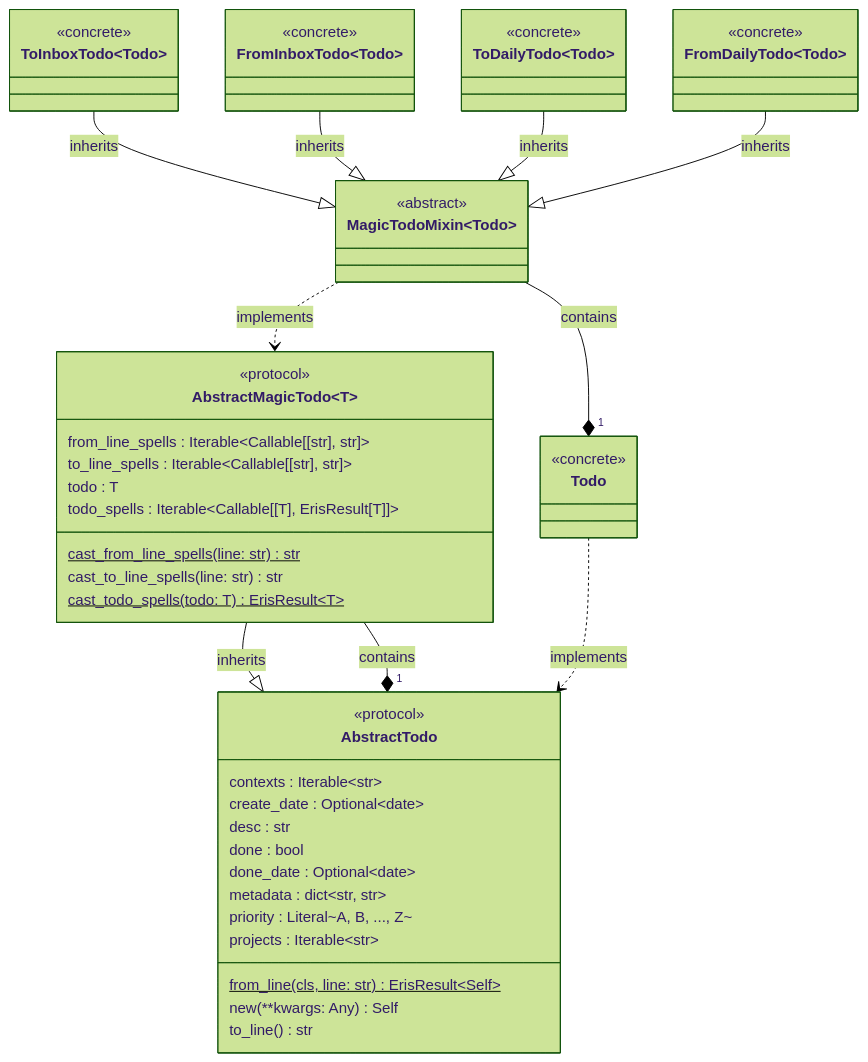
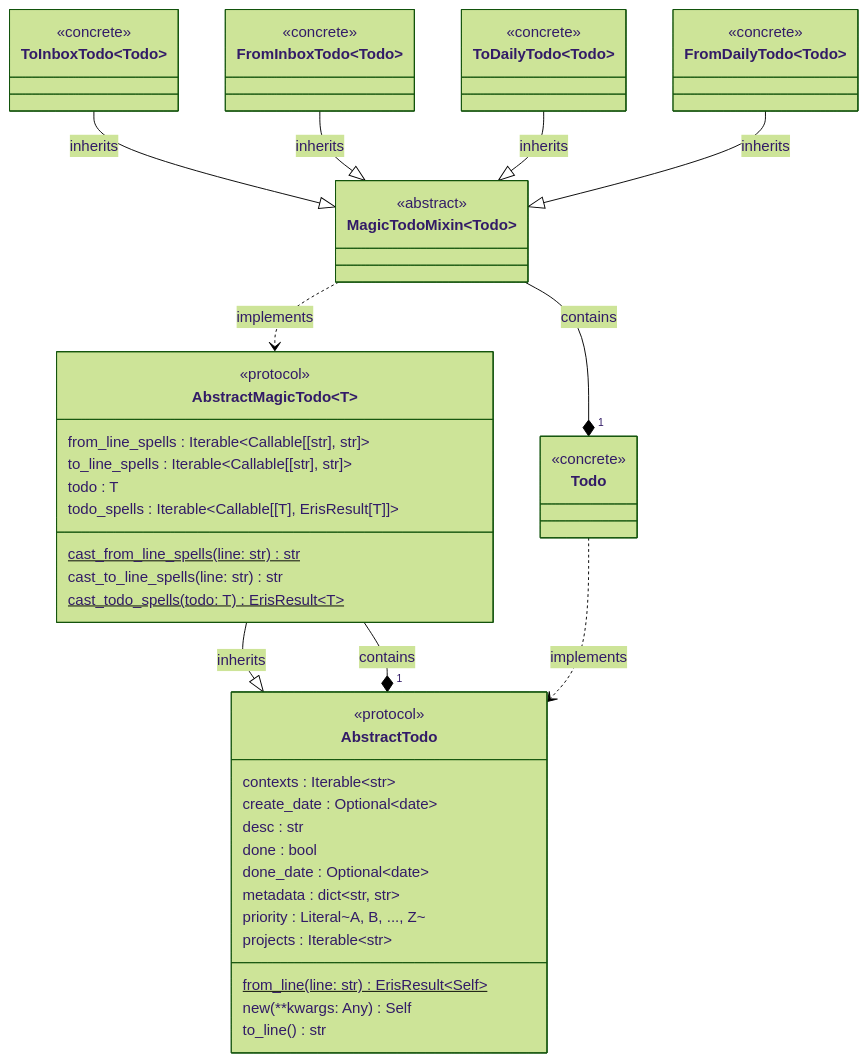
One commit to bbugyi200/greatday changed the second of 3 diagrams in docs/design/design.template.md. Above: the diagram before and after it, drawn with Mermaid (forest theme). The commit also changed 3 other files, not shown here.

Commit message:
Delete unused 'cls' from diagram

````diff
--- a/docs/design/design.template.md
+++ b/docs/design/design.template.md
@@ -74,66 +74,66 @@
 ```mermaid
 classDiagram
     class AbstractTodo {
         <<protocol>>
 
         contexts : Iterable~str~
         create_date : Optional~date~
         desc : str
         done : bool
         done_date : Optional~date~
         metadata : dict~str, str~
         priority : Literal~A, B, ..., Z~
         projects : Iterable~str~
 
-        from_line(cls, line: str)$ ErisResult~Self~
+        from_line(line: str)$ ErisResult~Self~
         new(**kwargs: Any) Self
         to_line() str
     }
 
     class Todo {
         <<concrete>>
     }
 
     class AbstractMagicTodo~T~ {
         <<protocol>>
 
         from_line_spells : Iterable~Callable[[str], str]~
         to_line_spells : Iterable~Callable[[str], str]~
         todo : T
         todo_spells : Iterable~Callable[[T], ErisResult[T]]~
 
         cast_from_line_spells(line: str)$ str
         cast_to_line_spells(line: str) str
         cast_todo_spells(todo: T)$ ErisResult~T~
     }
 
     class MagicTodoMixin~Todo~ {
         <<abstract>>
     }
 
     class ToInboxTodo~Todo~ {
         <<concrete>>
     }
 
     class FromInboxTodo~Todo~ {
         <<concrete>>
     }
 
     class ToDailyTodo~Todo~ {
         <<concrete>>
     }
 
     class FromDailyTodo~Todo~ {
         <<concrete>>
     }
 
     AbstractMagicTodo --|> AbstractTodo: inherits
     AbstractMagicTodo --* "1" AbstractTodo: contains
     Todo ..> AbstractTodo: implements
     MagicTodoMixin ..> AbstractMagicTodo: implements
     MagicTodoMixin --* "1" Todo: contains
     ToInboxTodo --|> MagicTodoMixin: inherits
     FromInboxTodo --|> MagicTodoMixin: inherits
     ToDailyTodo --|> MagicTodoMixin: inherits
     FromDailyTodo --|> MagicTodoMixin: inherits
 ```
````
